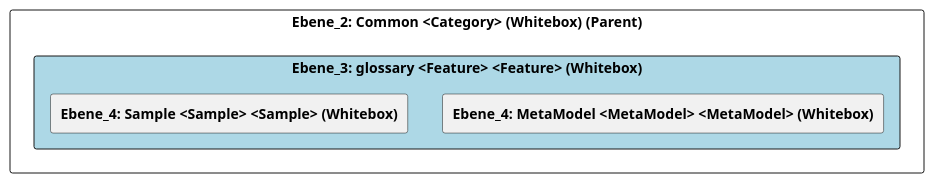
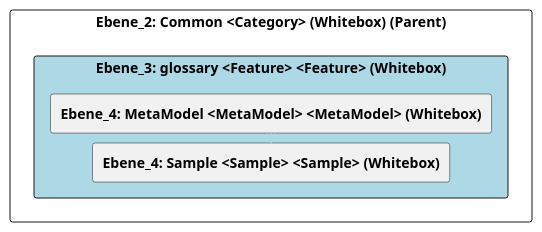
One commit to marcozwyssig/cleon changed the diagram in doc/cleonproject_deliverables_architecture_model_architecture/adoc/de/05_bausteinsicht/cleon/common/glossary/ebene_3_glossary.adoc. Above: the diagram before and after it, drawn with PlantUML. The commit also changed other lines of this file and 214 other files, not shown here.

```diff
--- a/doc/cleonproject_deliverables_architecture_model_architecture/adoc/de/05_bausteinsicht/cleon/common/glossary/ebene_3_glossary.adoc
+++ b/doc/cleonproject_deliverables_architecture_model_architecture/adoc/de/05_bausteinsicht/cleon/common/glossary/ebene_3_glossary.adoc
@@ -20,25 +20,28 @@
 [plantuml, Ebene_3: glossary <Feature> <Feature> (Whitebox)BlockOverview, format="svg"]
 ----
 @startuml Ebene_3: glossary <Feature> <Feature> (Whitebox)BuildingBlockOverview
 
 skinparam ranksep 10
 skinparam componentStyle rectangle
 skinparam shadowing false
 skinparam arrowColor lightblue
 skinparam arrowThickness 1.2
 skinparam rectangle {
   BackgroundColor White
   BorderColor #333
   RoundCorner 10
 }
 top to bottom direction
 
 component "Ebene_2: Common <Category> (Whitebox) (Parent)" {
     component "Ebene_3: glossary <Feature> <Feature> (Whitebox)" #lightblue {
         [**Ebene_4: MetaModel <MetaModel> <MetaModel> (Whitebox)**] as 4A570579_D579_11EE_903E_9F564E4DE07E
         [**Ebene_4: Sample <Sample> <Sample> (Whitebox)**] as 4A57057A_D579_11EE_903E_9F564E4DE07E
     }
+
+    4A570579_D579_11EE_903E_9F564E4DE07E -down-> 4A57057A_D579_11EE_903E_9F564E4DE07E
+    
 }
 
 @enduml
 ----
```
